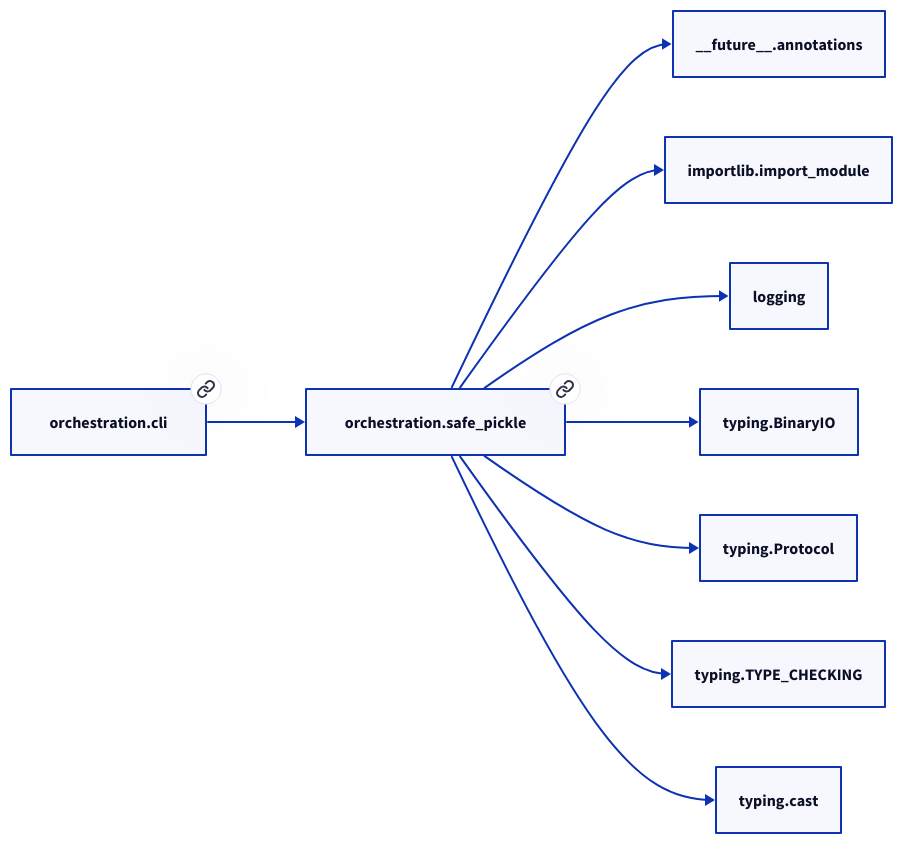
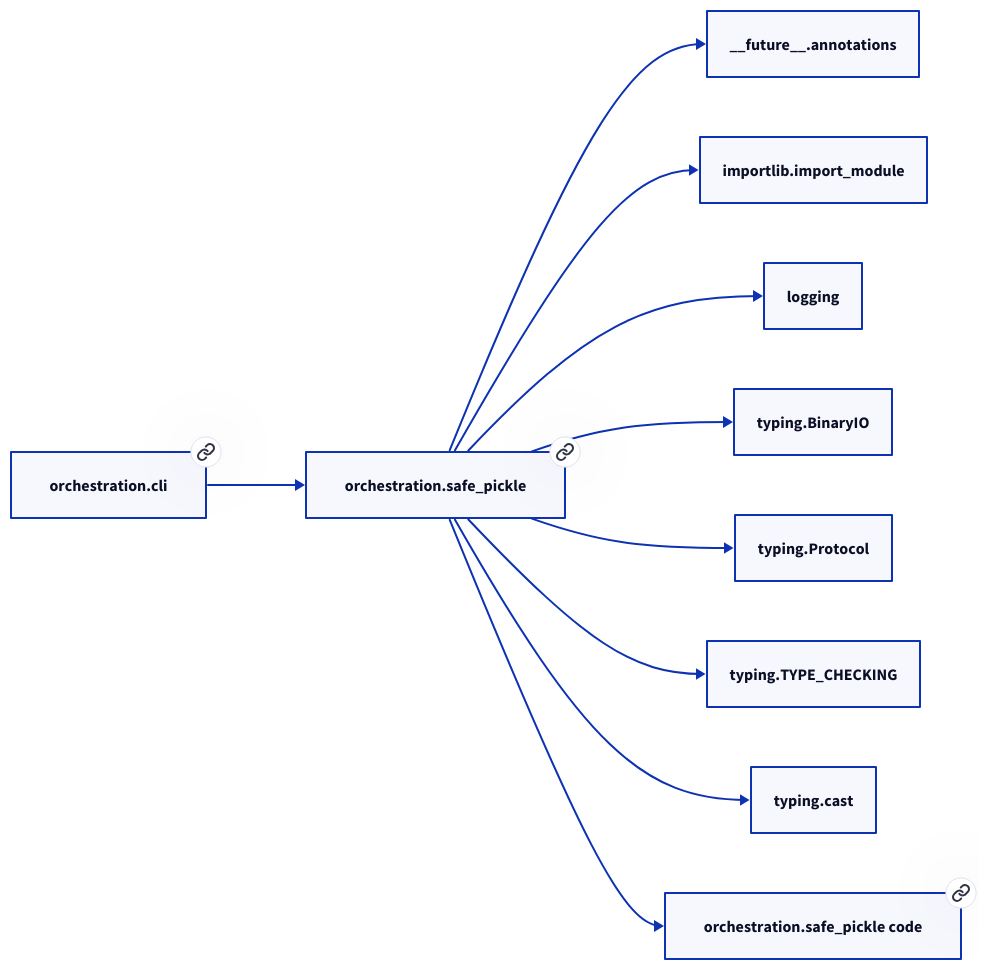
The second of 2 diagrams in docs/modules/orchestration/safe_pickle.md (paul-heyse/kgforge), drawn with D2 before and after one commit. The commit also changed other lines of this file and 319 other files, not shown here.

````diff
--- a/docs/modules/orchestration/safe_pickle.md
+++ b/docs/modules/orchestration/safe_pickle.md
@@ -96,20 +98,22 @@
 ```d2
 direction: right
-"orchestration.safe_pickle": "orchestration.safe_pickle" { link: "safe_pickle.md" }
+"orchestration.safe_pickle": "orchestration.safe_pickle" { link: "./orchestration/safe_pickle.md" }
 "__future__.annotations": "__future__.annotations"
 "orchestration.safe_pickle" -> "__future__.annotations"
 "importlib.import_module": "importlib.import_module"
 "orchestration.safe_pickle" -> "importlib.import_module"
 "logging": "logging"
 "orchestration.safe_pickle" -> "logging"
 "typing.BinaryIO": "typing.BinaryIO"
 "orchestration.safe_pickle" -> "typing.BinaryIO"
 "typing.Protocol": "typing.Protocol"
 "orchestration.safe_pickle" -> "typing.Protocol"
 "typing.TYPE_CHECKING": "typing.TYPE_CHECKING"
 "orchestration.safe_pickle" -> "typing.TYPE_CHECKING"
 "typing.cast": "typing.cast"
 "orchestration.safe_pickle" -> "typing.cast"
-"orchestration.cli": "orchestration.cli" { link: "cli.md" }
+"orchestration.cli": "orchestration.cli" { link: "./orchestration/cli.md" }
 "orchestration.cli" -> "orchestration.safe_pickle"
+"orchestration.safe_pickle_code": "orchestration.safe_pickle code" { link: "https://github.com/kgfoundry/kgfoundry/blob/main/src/orchestration/safe_pickle.py" }
+"orchestration.safe_pickle" -> "orchestration.safe_pickle_code" { style: dashed }
 ```
````
